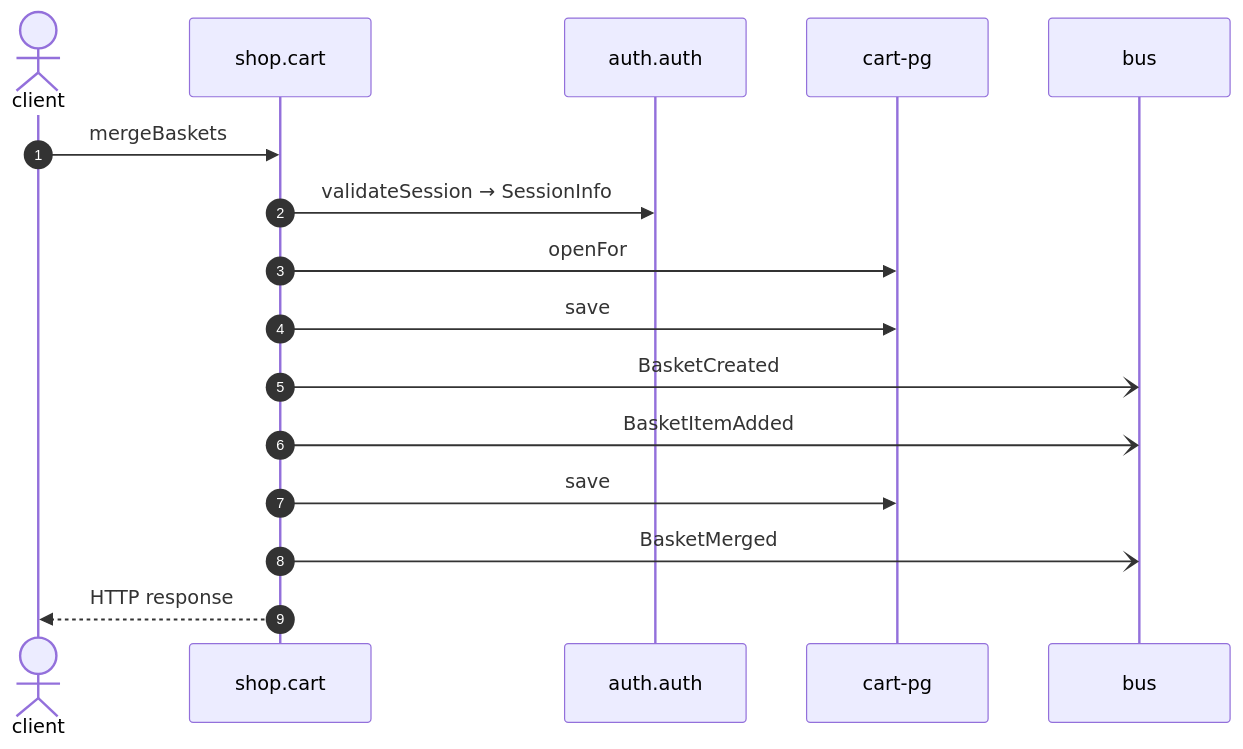
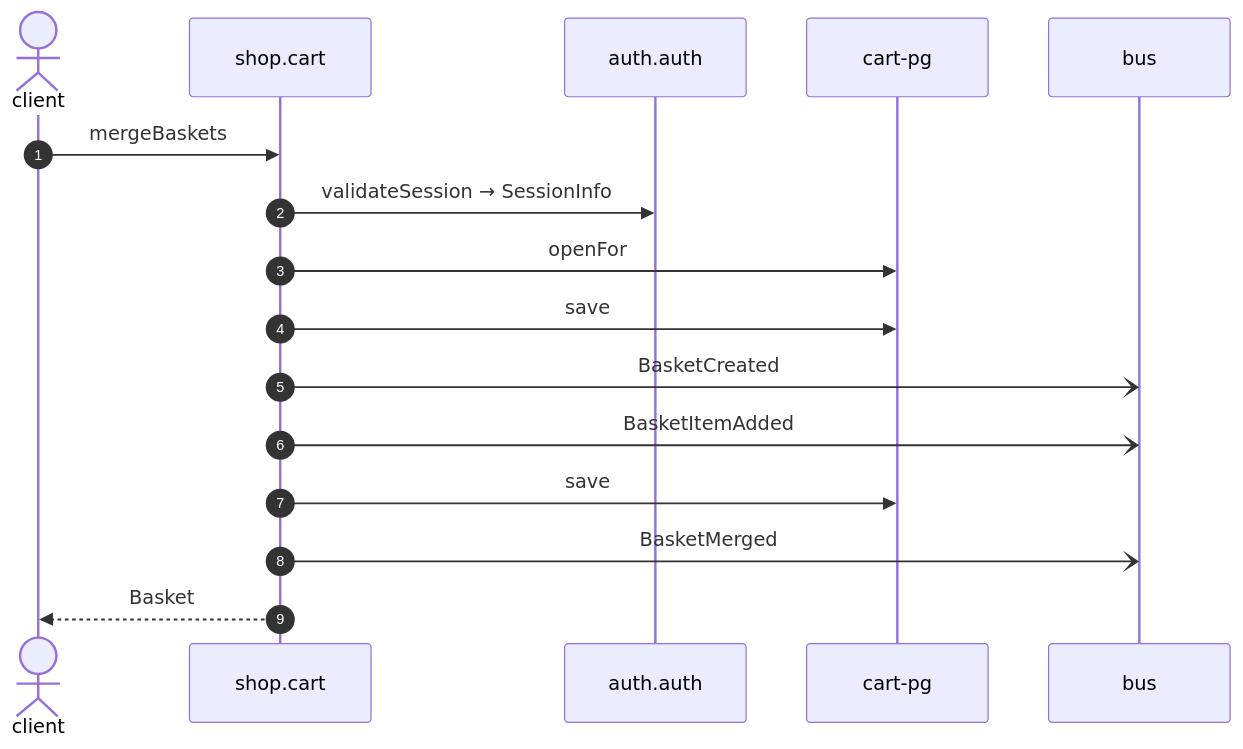
Before and after one commit to shortlink-org/portolan: the diagram in docs/example/flows/cart-merge-baskets.md, drawn with Mermaid. The commit also changed other lines of this file and 82 other files, not shown here.

````diff
--- a/docs/example/flows/cart-merge-baskets.md
+++ b/docs/example/flows/cart-merge-baskets.md
@@ -25,18 +25,18 @@
 ```mermaid
 sequenceDiagram
     autonumber
     actor p0 as client
     participant p1 as shop.cart
     participant p2 as auth.auth
     participant p3 as cart-pg
     participant p4 as bus
     p0->>p1: mergeBaskets
     p1->>p2: validateSession → SessionInfo
     p1->>p3: openFor
     p1->>p3: save
     p1-)p4: BasketCreated
     p1-)p4: BasketItemAdded
     p1->>p3: save
     p1-)p4: BasketMerged
-    p1-->>p0: HTTP response
+    p1-->>p0: Basket
 ```
````
